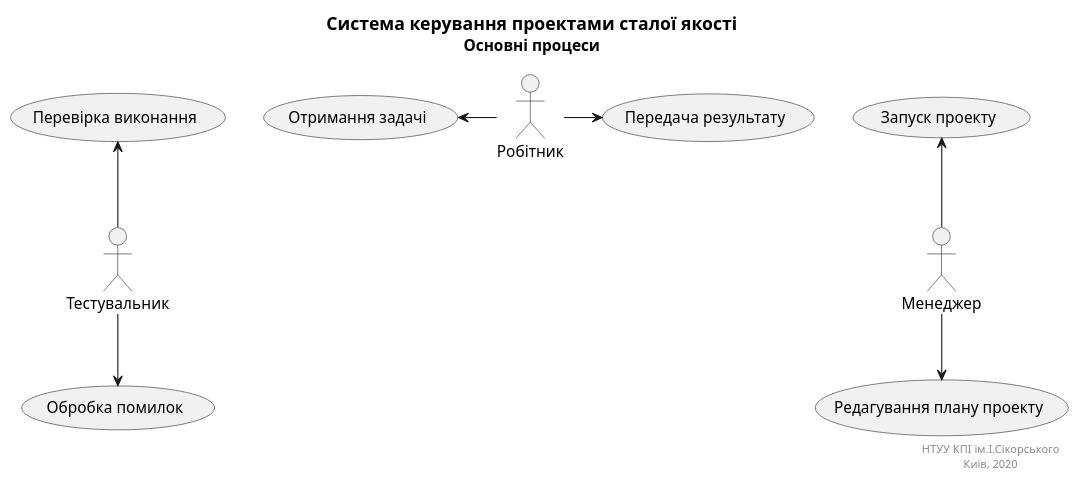
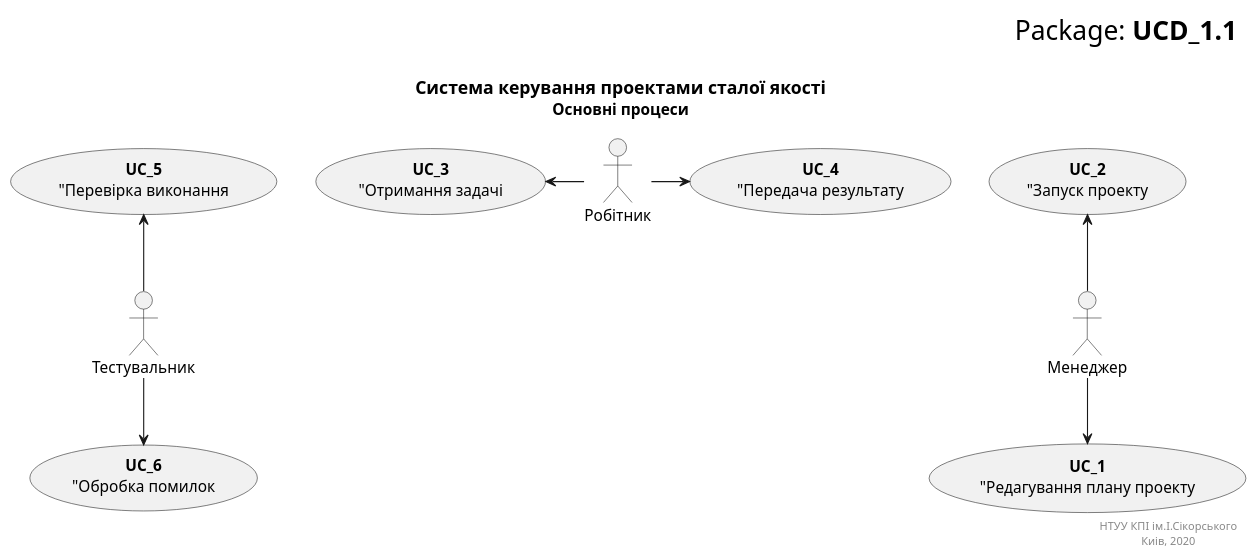
Before and after one commit to Jirobus/Core: the diagram in docs/puml/main.puml, drawn with PlantUML.

```diff
--- a/docs/puml/main.puml
+++ b/docs/puml/main.puml
@@ -1,32 +1,35 @@
-@startuml mainUCD
+@startuml
+right header
+<font size=24 color=black>Package: <b>UCD_1.1
 
+end header
 title
 <font size=16 color=black>Система керування проектами сталої якості
 <font size=14 color=black>Основні процеси
 end title
 
 actor "Робітник" as Worker
 actor "Менеджер" as Manager
 actor "Тестувальник" as QA
 
-usecase "Редагування плану проекту" as editProjectUC
-usecase "Запуск проекту" as runProjectUC
-usecase "Отримання задачі" as getTaskUC
-usecase "Передача результату" as resolveTaskUC
-usecase "Перевірка виконання" as handleResultUC
-usecase "Обробка помилок" as handleErrorsUC
+usecase "<b>UC_1</b>\n"Редагування плану проекту" as editProjectUC
+usecase "<b>UC_2</b>\n"Запуск проекту" as runProjectUC
+usecase "<b>UC_3</b>\n"Отримання задачі" as getTaskUC
+usecase "<b>UC_4</b>\n"Передача результату" as resolveTaskUC
+usecase "<b>UC_5</b>\n"Перевірка виконання" as handleResultUC
+usecase "<b>UC_6</b>\n"Обробка помилок" as handleErrorsUC
 
 Manager -d-> editProjectUC
 Manager -u-> runProjectUC
 
 Worker -l-> getTaskUC
 Worker -r-> resolveTaskUC
 
 QA -u-> handleResultUC
 QA -d-> handleErrorsUC
 
 right footer
 НТУУ КПІ ім.І.Сікорського
 Киів, 2020 
 end footer
 @enduml
```
